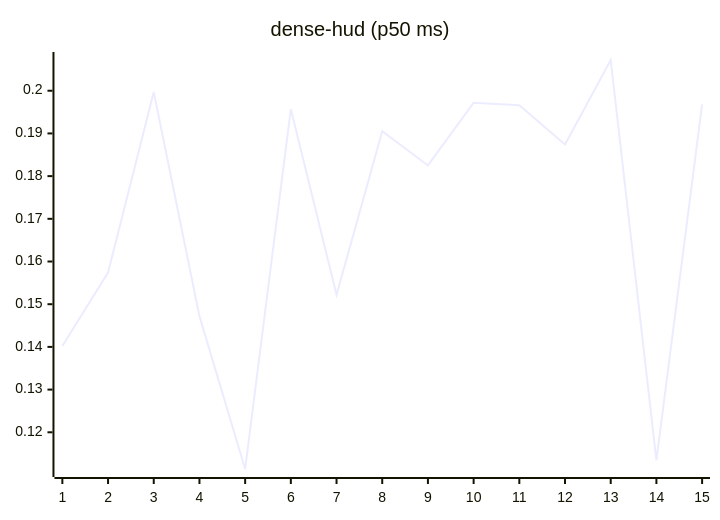
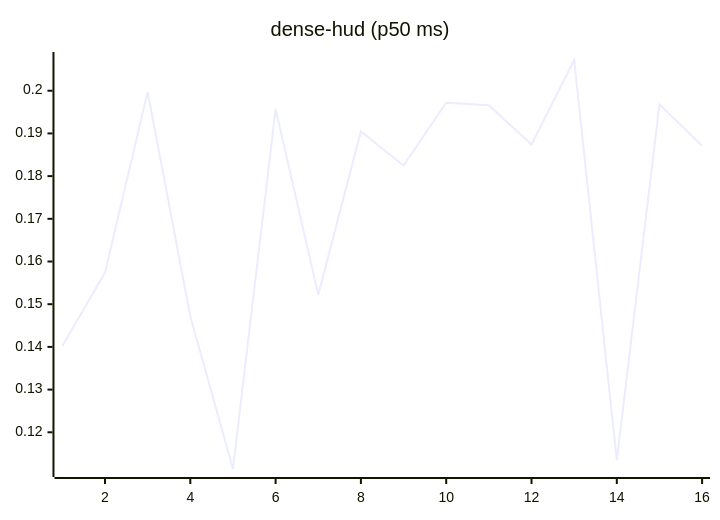
The eighth of 27 diagrams in README.md (josha/Facet), drawn with Mermaid before and after one commit. The commit also changed other lines of this file and 2 other files, not shown here.

````diff
--- a/README.md
+++ b/README.md
@@ -112,6 +112,6 @@
 ```mermaid
 xychart-beta
     title "dense-hud (p50 ms)"
-    x-axis 1 --> 15
-    line [0.1402, 0.1574, 0.1997, 0.1472, 0.1114, 0.1957, 0.1522, 0.1905, 0.1825, 0.1972, 0.1966, 0.1874, 0.2072, 0.1134, 0.1968]
+    x-axis 1 --> 16
+    line [0.1402, 0.1574, 0.1997, 0.1472, 0.1114, 0.1957, 0.1522, 0.1905, 0.1825, 0.1972, 0.1966, 0.1874, 0.2072, 0.1134, 0.1968, 0.1871]
 ```
````
